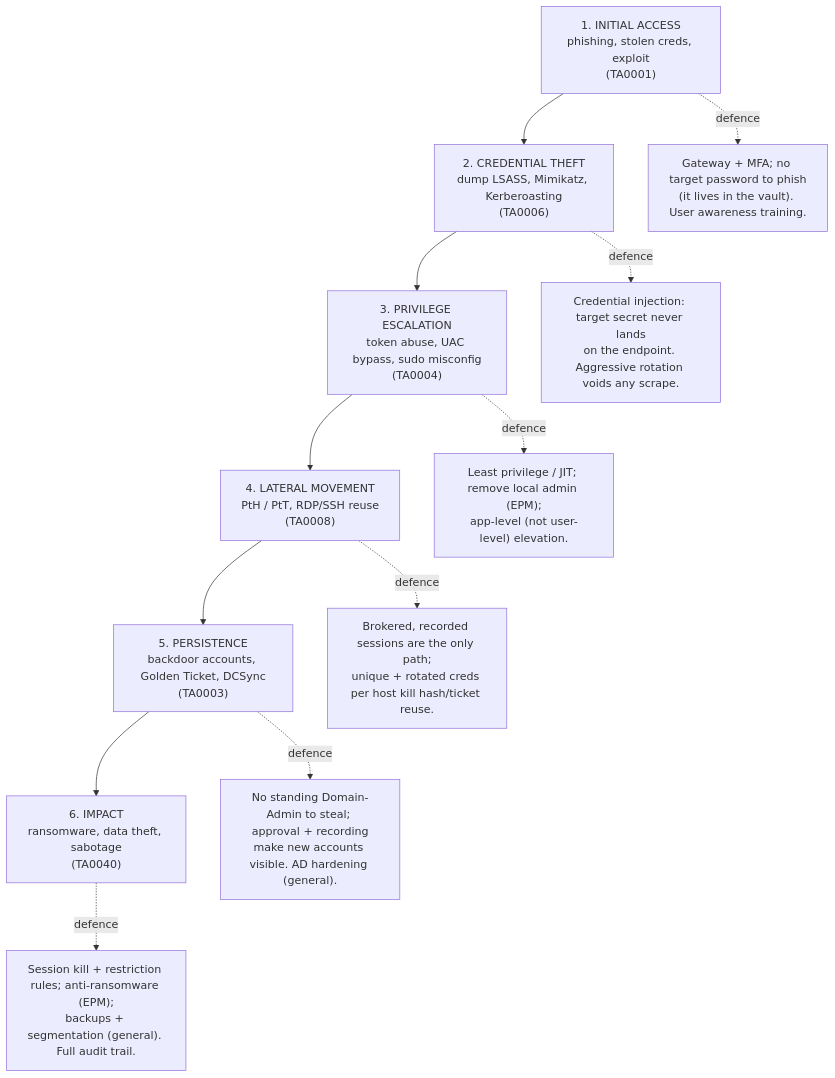
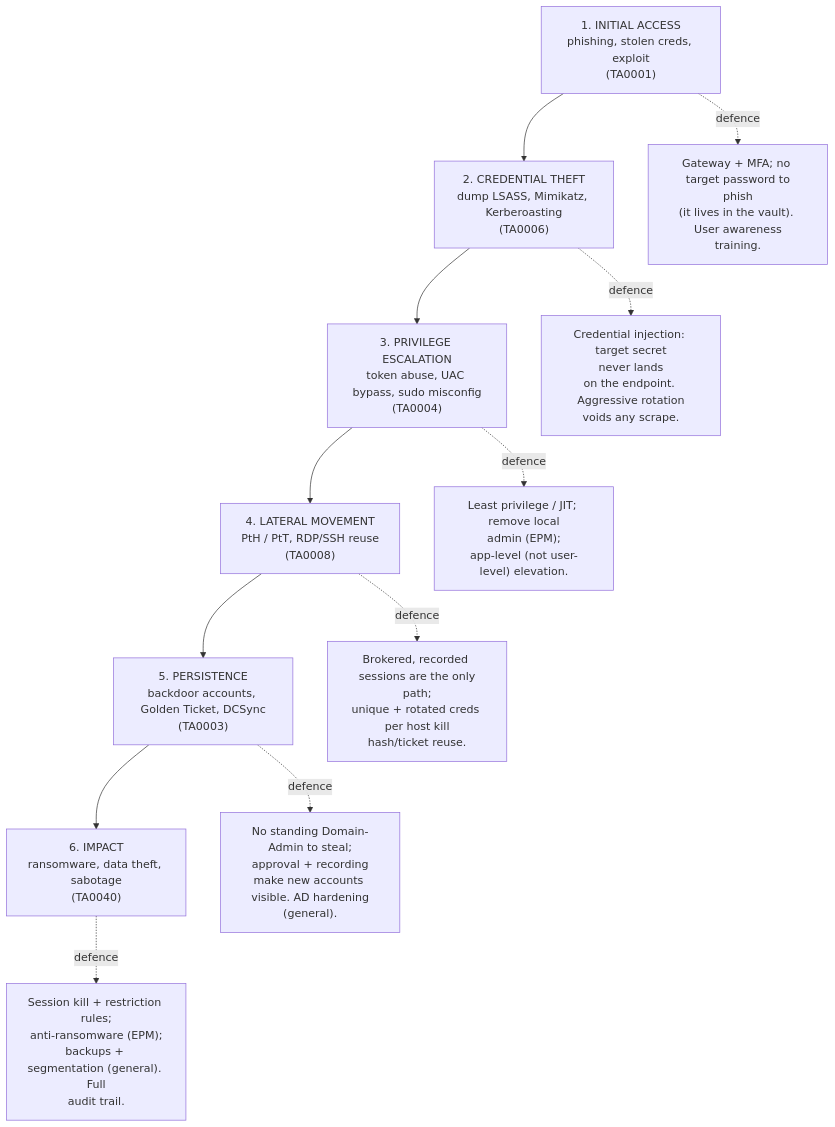
One commit to morandeirachema/WallixCerts changed the diagram in attack-to-defense-matrix.md. Above: the diagram before and after it, drawn with Mermaid. The commit also changed 37 other files, not shown here.

First line of the commit message:
Make Mermaid node boxes fit their text (wrap long labels) + enforce it

````diff
--- a/attack-to-defense-matrix.md
+++ b/attack-to-defense-matrix.md
@@ -50,24 +50,24 @@
 ```mermaid
 flowchart TB
     S1["1. INITIAL ACCESS<br/>phishing, stolen creds, exploit<br/>(TA0001)"]
     S2["2. CREDENTIAL THEFT<br/>dump LSASS, Mimikatz, Kerberoasting<br/>(TA0006)"]
     S3["3. PRIVILEGE ESCALATION<br/>token abuse, UAC bypass, sudo misconfig<br/>(TA0004)"]
     S4["4. LATERAL MOVEMENT<br/>PtH / PtT, RDP/SSH reuse<br/>(TA0008)"]
     S5["5. PERSISTENCE<br/>backdoor accounts, Golden Ticket, DCSync<br/>(TA0003)"]
     S6["6. IMPACT<br/>ransomware, data theft, sabotage<br/>(TA0040)"]
     S1 --> S2 --> S3 --> S4 --> S5 --> S6
 
-    D1["Gateway + MFA; no target password to phish<br/>(it lives in the vault). User awareness training."]
-    D2["Credential injection: target secret never lands<br/>on the endpoint. Aggressive rotation voids any scrape."]
-    D3["Least privilege / JIT; remove local admin (EPM);<br/>app-level (not user-level) elevation."]
-    D4["Brokered, recorded sessions are the only path;<br/>unique + rotated creds per host kill hash/ticket reuse."]
-    D5["No standing Domain-Admin to steal; approval + recording<br/>make new accounts visible. AD hardening (general)."]
-    D6["Session kill + restriction rules; anti-ransomware (EPM);<br/>backups + segmentation (general). Full audit trail."]
+    D1["Gateway + MFA; no target password to<br/>phish<br/>(it lives in the vault). User awareness<br/>training."]
+    D2["Credential injection: target secret<br/>never lands<br/>on the endpoint. Aggressive rotation<br/>voids any scrape."]
+    D3["Least privilege / JIT; remove local<br/>admin (EPM);<br/>app-level (not user-level) elevation."]
+    D4["Brokered, recorded sessions are the only<br/>path;<br/>unique + rotated creds per host kill<br/>hash/ticket reuse."]
+    D5["No standing Domain-Admin to steal;<br/>approval + recording<br/>make new accounts visible. AD hardening<br/>(general)."]
+    D6["Session kill + restriction rules;<br/>anti-ransomware (EPM);<br/>backups + segmentation (general). Full<br/>audit trail."]
 
     S1 -. "defence" .-> D1
     S2 -. "defence" .-> D2
     S3 -. "defence" .-> D3
     S4 -. "defence" .-> D4
     S5 -. "defence" .-> D5
     S6 -. "defence" .-> D6
 ```
````
